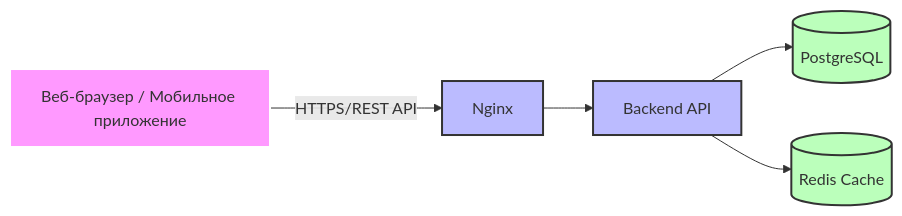
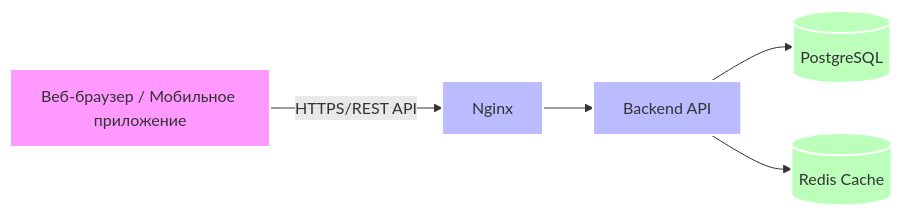
One commit to luzstrik/project-system-vvsu changed the first of 2 diagrams in 8.md. Above: the diagram before and after it, drawn with Mermaid.

````diff
--- a/8.md
+++ b/8.md
@@ -9,15 +9,15 @@
 ```mermaid
 graph LR
     A[Веб-браузер / Мобильное приложение] -->|HTTPS/REST API| B[Nginx]
     B --> C["Backend API"]
     C --> D[(PostgreSQL)]
     C --> E[(Redis Cache)]
     
     classDef client fill:#f9f,stroke:#FFFFFF,stroke-width:2px;
-    classDef server fill:#bbf,stroke:#333,stroke-width:2px;
-    classDef db fill:#bfb,stroke:#333,stroke-width:2px;
+    classDef server fill:#bbf,stroke:#FFFFFF,stroke-width:2px;
+    classDef db fill:#bfb,stroke:#FFFFFF,stroke-width:2px;
     
     class A client;
     class B,C server;
     class D,E db;
 ```
````
